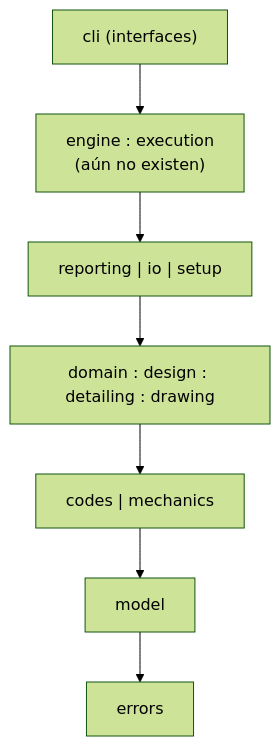
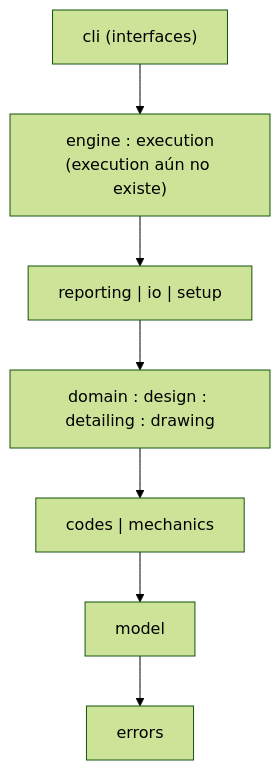
Before and after one commit to Beicker29/StructureLab_RC: the first of 2 diagrams in docs/architecture.md, drawn with Mermaid (forest theme). The commit also changed other lines of this file and 37 other files, not shown here.

````diff
--- a/docs/architecture.md
+++ b/docs/architecture.md
@@ -9,12 +9,12 @@
 ```mermaid
 flowchart TD
     cli["cli (interfaces)"]
-    orchestration["engine : execution<br/>(aún no existen)"]
+    orchestration["engine : execution<br/>(execution aún no existe)"]
     support["reporting | io | setup"]
     calculation["domain : design : detailing : drawing"]
     foundations["codes | mechanics"]
     model["model"]
     errors["errors"]
 
     cli --> orchestration --> support --> calculation --> foundations --> model --> errors
 ```
````
